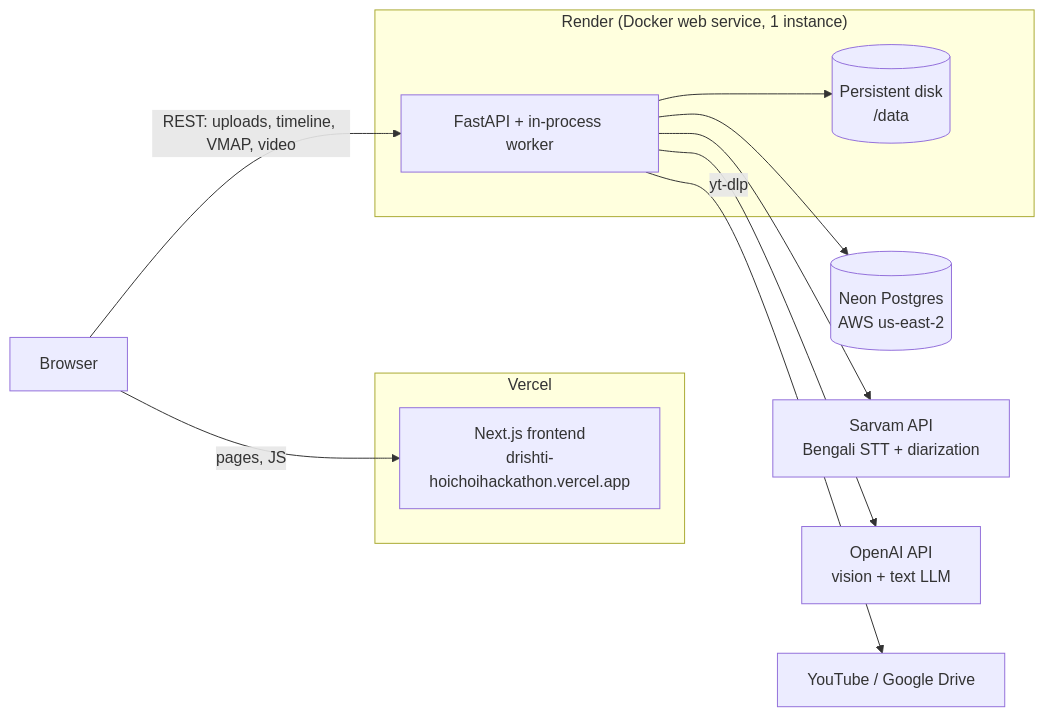
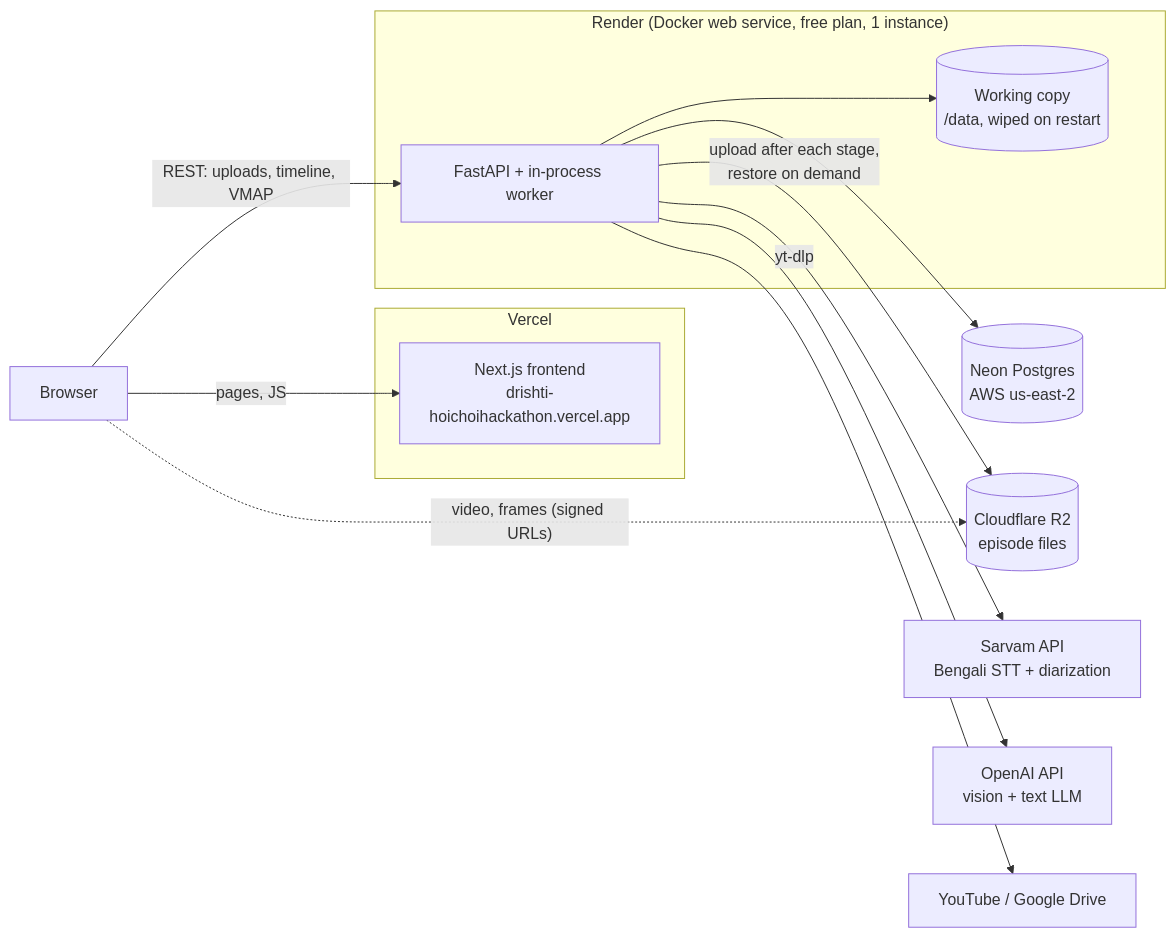
The first of 3 diagrams in docs/architecture.md (rajarshidattapy/drishti_hoichoihackathon), drawn with Mermaid before and after one commit. The commit also changed other lines of this file and 12 other files, not shown here.

````diff
--- a/docs/architecture.md
+++ b/docs/architecture.md
@@ -11,23 +11,26 @@
 ```mermaid
 flowchart LR
     B[Browser]
     subgraph Vercel
         FE[Next.js frontend<br/>drishti-hoichoihackathon.vercel.app]
     end
-    subgraph Render["Render (Docker web service, 1 instance)"]
+    subgraph Render["Render (Docker web service, free plan, 1 instance)"]
         API[FastAPI + in-process worker]
-        DISK[(Persistent disk<br/>/data)]
+        DISK[(Working copy<br/>/data, wiped on restart)]
     end
     NEON[(Neon Postgres<br/>AWS us-east-2)]
+    R2[(Cloudflare R2<br/>episode files)]
     SARVAM[Sarvam API<br/>Bengali STT + diarization]
     OPENAI[OpenAI API<br/>vision + text LLM]
     SRC[YouTube / Google Drive]
 
     B -- pages, JS --> FE
-    B -- "REST: uploads, timeline, VMAP, video" --> API
+    B -- "REST: uploads, timeline, VMAP" --> API
+    B -. "video, frames (signed URLs)" .-> R2
     API --> DISK
+    API -- "upload after each stage,<br/>restore on demand" --> R2
     API --> NEON
     API --> SARVAM
     API --> OPENAI
     API -- yt-dlp --> SRC
 ```
````
